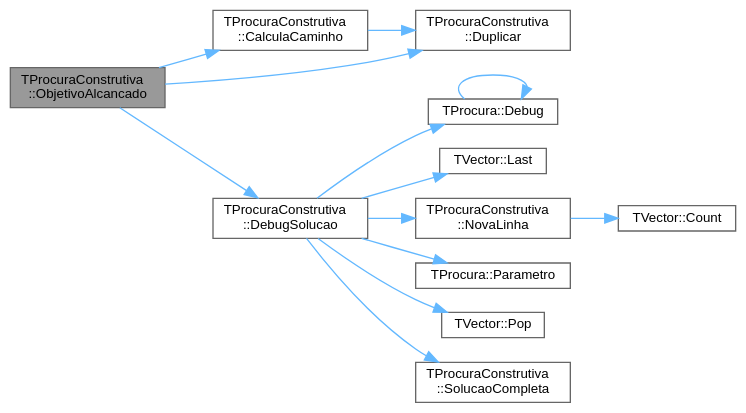
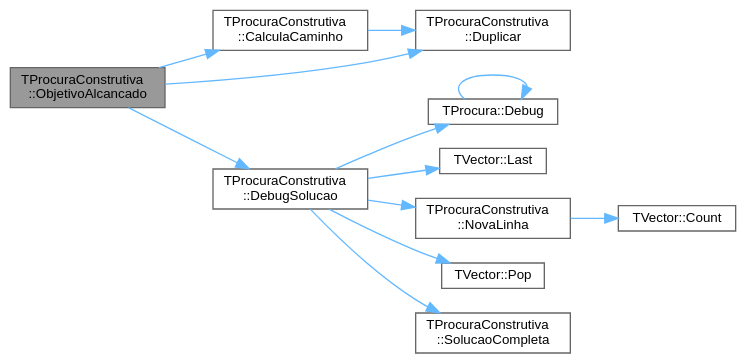
Before and after one commit to jcoelho72/TProcura: the diagram in classTProcuraConstrutiva_a18331ff4fccaf78df8bd3656357e9e75_cgraph.dot, drawn with Graphviz. The commit also changed 125 other files, not shown here.

```diff
--- a/classTProcuraConstrutiva_a18331ff4fccaf78df8bd3656357e9e75_cgraph.dot
+++ b/classTProcuraConstrutiva_a18331ff4fccaf78df8bd3656357e9e75_cgraph.dot
@@ -1,31 +1,29 @@
 digraph "TProcuraConstrutiva::ObjetivoAlcancado"
 {
  // LATEX_PDF_SIZE
   bgcolor="transparent";
   edge [fontname=Helvetica,fontsize=10,labelfontname=Helvetica,labelfontsize=10];
   node [fontname=Helvetica,fontsize=10,shape=box,height=0.2,width=0.4];
   rankdir="LR";
   Node1 [id="Node000001",label="TProcuraConstrutiva\l::ObjetivoAlcancado",height=0.2,width=0.4,color="gray40", fillcolor="grey60", style="filled", fontcolor="black",tooltip=" "];
   Node1 -> Node2 [id="edge1_Node000001_Node000002",color="steelblue1",style="solid",tooltip=" "];
   Node2 [id="Node000002",label="TProcuraConstrutiva\l::CalculaCaminho",height=0.2,width=0.4,color="grey40", fillcolor="white", style="filled",URL="$classTProcuraConstrutiva.html#ab3d3ef92421595428a27deef2c3bb668",tooltip=" "];
   Node2 -> Node3 [id="edge2_Node000002_Node000003",color="steelblue1",style="solid",tooltip=" "];
   Node3 [id="Node000003",label="TProcuraConstrutiva\l::Duplicar",height=0.2,width=0.4,color="grey40", fillcolor="white", style="filled",URL="$group__RedefinicaoMandatoria.html#gaf7c2483f38d11825c220b7a8d538a623",tooltip="Cria um objeto que é uma cópia deste."];
   Node1 -> Node4 [id="edge3_Node000001_Node000004",color="steelblue1",style="solid",tooltip=" "];
   Node4 [id="Node000004",label="TProcuraConstrutiva\l::DebugSolucao",height=0.2,width=0.4,color="grey40", fillcolor="white", style="filled",URL="$classTProcuraConstrutiva.html#a3cb063790a46d8fac87044c7c68c53b3",tooltip=" "];
   Node4 -> Node5 [id="edge4_Node000004_Node000005",color="steelblue1",style="solid",tooltip=" "];
   Node5 [id="Node000005",label="TProcura::Debug",height=0.2,width=0.4,color="grey40", fillcolor="white", style="filled",URL="$classTProcura.html#a0c5676c1b54ab6bdc1045b98aeafe456",tooltip="Mostra o estado no ecrã, para debug."];
   Node5 -> Node5 [id="edge5_Node000005_Node000005",color="steelblue1",style="solid",tooltip=" "];
   Node4 -> Node6 [id="edge6_Node000004_Node000006",color="steelblue1",style="solid",tooltip=" "];
   Node6 [id="Node000006",label="TVector::Last",height=0.2,width=0.4,color="grey40", fillcolor="white", style="filled",URL="$classTVector.html#aa304d639c79ef2842f9951846c6292e3",tooltip=" "];
   Node4 -> Node7 [id="edge7_Node000004_Node000007",color="steelblue1",style="solid",tooltip=" "];
   Node7 [id="Node000007",label="TProcuraConstrutiva\l::NovaLinha",height=0.2,width=0.4,color="grey40", fillcolor="white", style="filled",URL="$classTProcuraConstrutiva.html#a7426b2abb333f77ef5d00ae46d5f2d32",tooltip=" "];
   Node7 -> Node8 [id="edge8_Node000007_Node000008",color="steelblue1",style="solid",tooltip=" "];
   Node8 [id="Node000008",label="TVector::Count",height=0.2,width=0.4,color="grey40", fillcolor="white", style="filled",URL="$classTVector.html#ac3c744d84543ca6e32859eb7dfccfeef",tooltip=" "];
   Node4 -> Node9 [id="edge9_Node000004_Node000009",color="steelblue1",style="solid",tooltip=" "];
-  Node9 [id="Node000009",label="TProcura::Parametro",height=0.2,width=0.4,color="grey40", fillcolor="white", style="filled",URL="$classTProcura.html#a0e9e692f29af8a5d5279a8647c800437",tooltip=" "];
+  Node9 [id="Node000009",label="TVector::Pop",height=0.2,width=0.4,color="grey40", fillcolor="white", style="filled",URL="$classTVector.html#a3249913626d54e46b07e168ce1f05d87",tooltip=" "];
   Node4 -> Node10 [id="edge10_Node000004_Node000010",color="steelblue1",style="solid",tooltip=" "];
-  Node10 [id="Node000010",label="TVector::Pop",height=0.2,width=0.4,color="grey40", fillcolor="white", style="filled",URL="$classTVector.html#a3249913626d54e46b07e168ce1f05d87",tooltip=" "];
-  Node4 -> Node11 [id="edge11_Node000004_Node000011",color="steelblue1",style="solid",tooltip=" "];
-  Node11 [id="Node000011",label="TProcuraConstrutiva\l::SolucaoCompleta",height=0.2,width=0.4,color="grey40", fillcolor="white", style="filled",URL="$group__RedefinicaoMandatoria.html#ga1f3e2b667881c3e910ba372467645304",tooltip="Verifica se o estado actual é objetivo (é uma solução completa)"];
-  Node1 -> Node3 [id="edge12_Node000001_Node000003",color="steelblue1",style="solid",tooltip=" "];
+  Node10 [id="Node000010",label="TProcuraConstrutiva\l::SolucaoCompleta",height=0.2,width=0.4,color="grey40", fillcolor="white", style="filled",URL="$group__RedefinicaoMandatoria.html#ga1f3e2b667881c3e910ba372467645304",tooltip="Verifica se o estado actual é objetivo (é uma solução completa)"];
+  Node1 -> Node3 [id="edge11_Node000001_Node000003",color="steelblue1",style="solid",tooltip=" "];
 }
```
